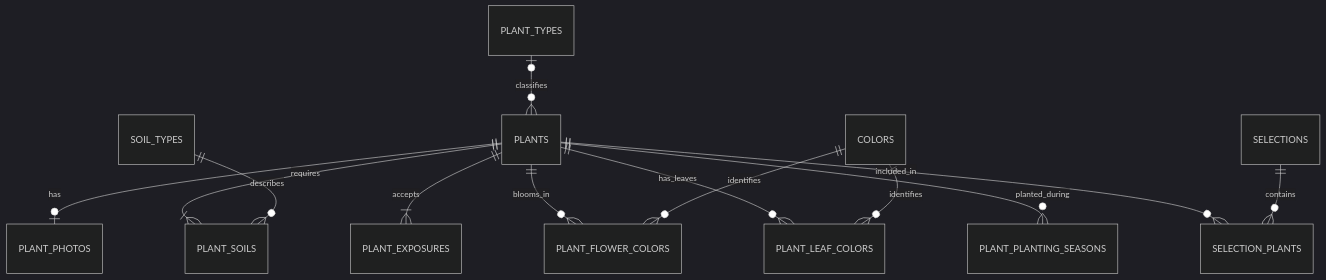
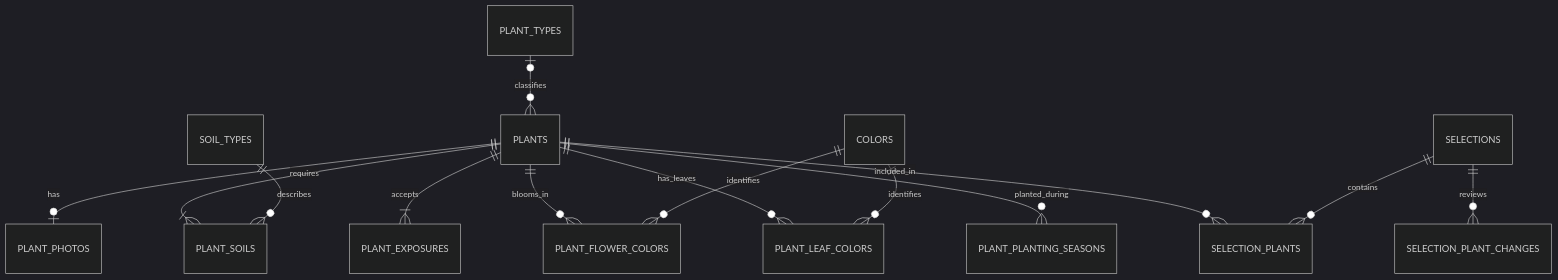
One commit to Marine-DR/my-little-garden changed the diagram in specs/plan/Data_Structuration.md. Above: the diagram before and after it, drawn with Mermaid (dark theme). The commit also changed other lines of this file and 7 other files, not shown here.

````diff
--- a/specs/plan/Data_Structuration.md
+++ b/specs/plan/Data_Structuration.md
@@ -293,21 +446,23 @@
 ```mermaid
 erDiagram
     PLANT_TYPES o|--o{ PLANTS : classifies
     PLANTS ||--o| PLANT_PHOTOS : has
 
     PLANTS ||--|{ PLANT_SOILS : requires
     SOIL_TYPES ||--o{ PLANT_SOILS : describes
 
     PLANTS ||--|{ PLANT_EXPOSURES : accepts
 
     PLANTS ||--o{ PLANT_FLOWER_COLORS : blooms_in
     COLORS ||--o{ PLANT_FLOWER_COLORS : identifies
 
     PLANTS ||--o{ PLANT_LEAF_COLORS : has_leaves
     COLORS ||--o{ PLANT_LEAF_COLORS : identifies
 
     PLANTS ||--o{ PLANT_PLANTING_SEASONS : planted_during
 
     PLANTS ||--o{ SELECTION_PLANTS : included_in
     SELECTIONS ||--o{ SELECTION_PLANTS : contains
+
+    SELECTIONS ||--o{ SELECTION_PLANT_CHANGES : reviews
 ```
````
